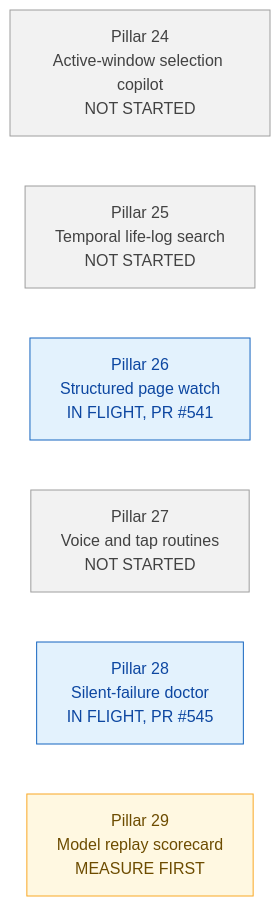
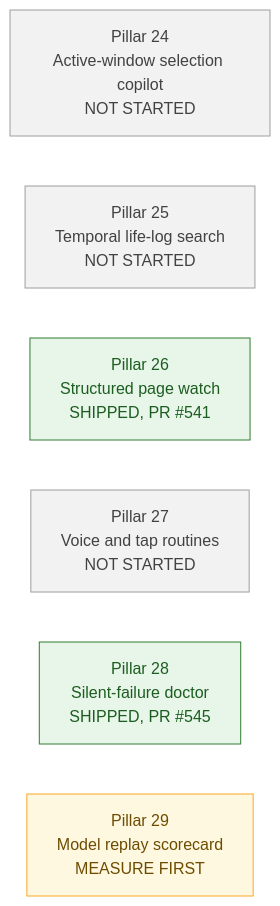
One commit to darknight11ish/Epic-Jarvis changed the third of 3 diagrams in docs/WHAT-ACTUALLY-SHIPS-2026-10-17.md. Above: the diagram before and after it, drawn with Mermaid. The commit also changed other lines of this file, not shown here.

First line of the commit message:
docs: the shipped map is re-measured against main after the merge train

````diff
--- a/docs/WHAT-ACTUALLY-SHIPS-2026-10-17.md
+++ b/docs/WHAT-ACTUALLY-SHIPS-2026-10-17.md
@@ -247,15 +268,15 @@
 ```mermaid
 flowchart LR
   P24["Pillar 24<br/>Active-window selection copilot<br/>NOT STARTED"]
   P25["Pillar 25<br/>Temporal life-log search<br/>NOT STARTED"]
-  P26["Pillar 26<br/>Structured page watch<br/>IN FLIGHT, PR #541"]
+  P26["Pillar 26<br/>Structured page watch<br/>SHIPPED, PR #541"]
   P27["Pillar 27<br/>Voice and tap routines<br/>NOT STARTED"]
-  P28["Pillar 28<br/>Silent-failure doctor<br/>IN FLIGHT, PR #545"]
+  P28["Pillar 28<br/>Silent-failure doctor<br/>SHIPPED, PR #545"]
   P29["Pillar 29<br/>Model replay scorecard<br/>MEASURE FIRST"]
   classDef notstarted fill:#f2f2f2,stroke:#9e9e9e,color:#424242
-  classDef inflight fill:#e3f2fd,stroke:#1565c0,color:#0d47a1
+  classDef shipped fill:#e8f5e9,stroke:#2e7d32,color:#1b5e20
   classDef measure fill:#fff8e1,stroke:#f9a825,color:#6d4c00
   class P24,P25,P27 notstarted
-  class P26,P28 inflight
+  class P26,P28 shipped
   class P29 measure
 ```
````
